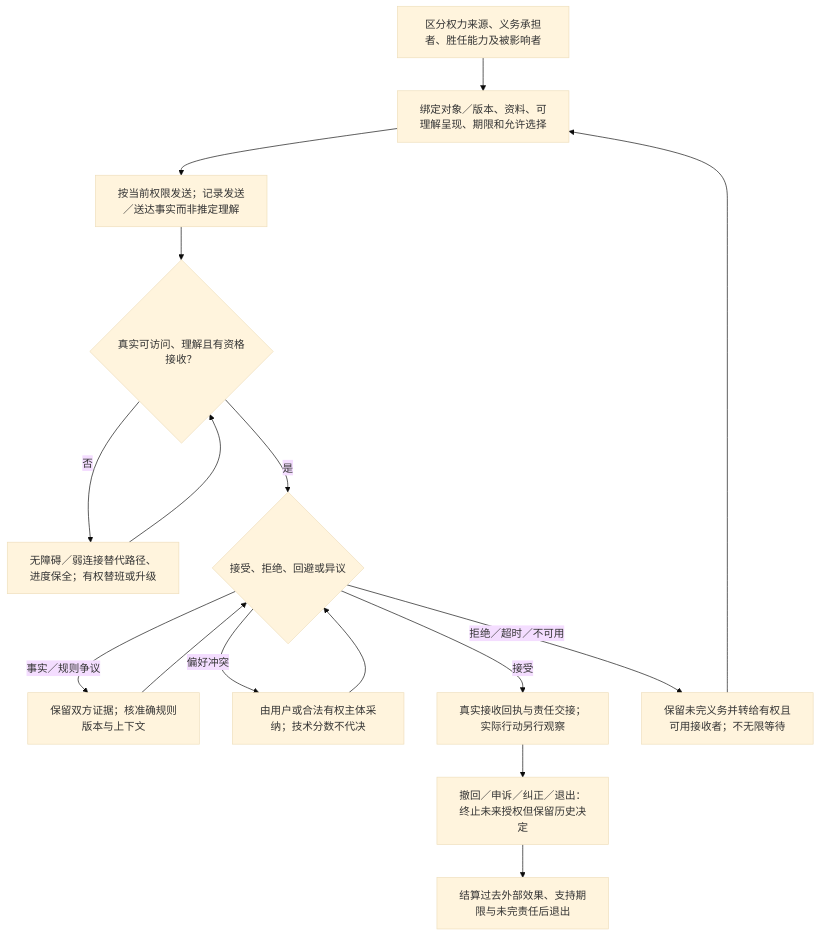
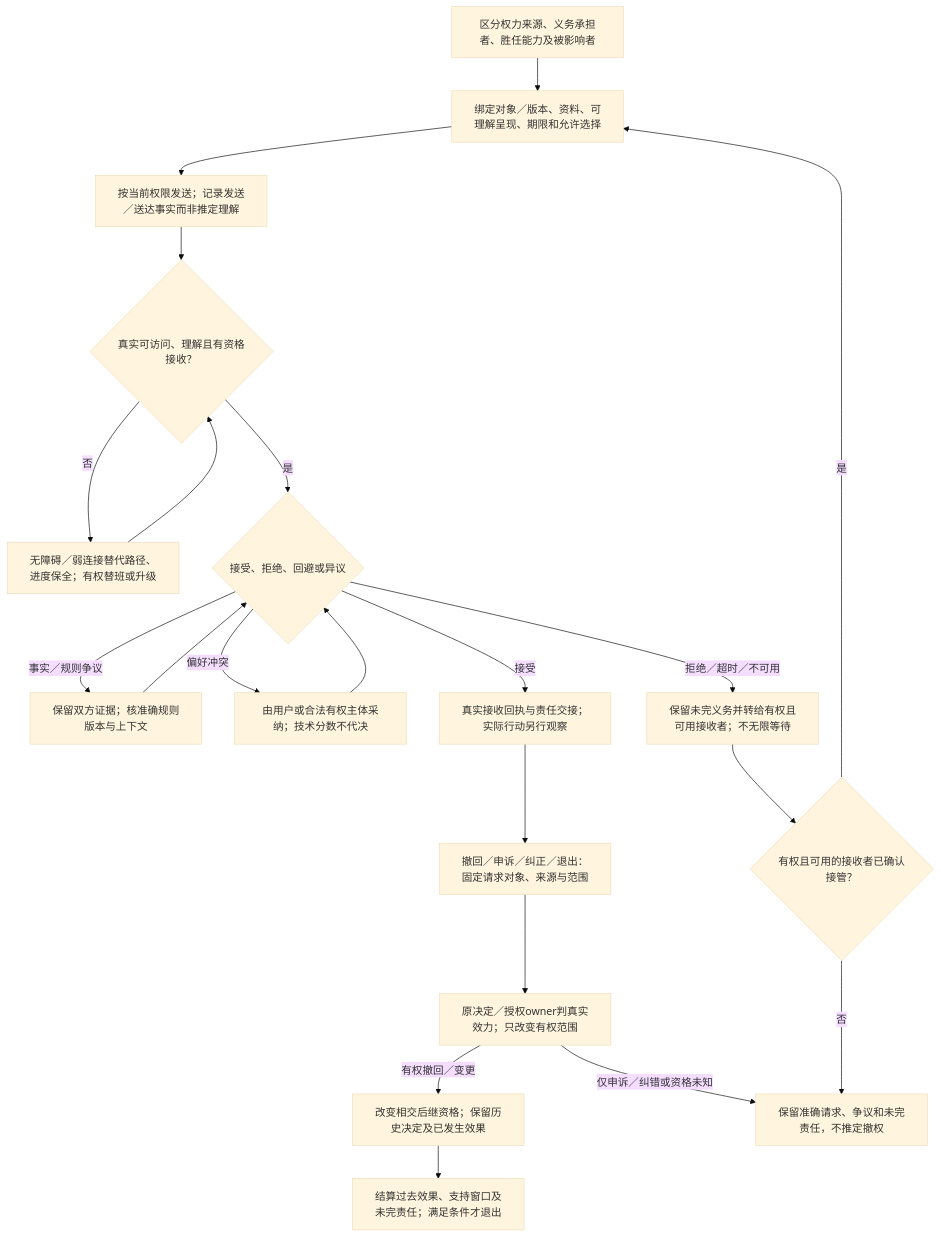
The diagram in docs/运行/人类任务与责任交接.md (sec-platform/sec), drawn with Mermaid (base theme) before and after one commit. The commit also changed other lines of this file and 33 other files, not shown here.

````diff
--- a/docs/运行/人类任务与责任交接.md
+++ b/docs/运行/人类任务与责任交接.md
@@ -8,18 +8,23 @@
 ```mermaid
 flowchart TB
   participants["区分权力来源、义务承担者、胜任能力及被影响者"] --> task["绑定对象／版本、资料、可理解呈现、期限和允许选择"]
   task --> send["按当前权限发送；记录发送／送达事实而非推定理解"]
   send --> reception{"真实可访问、理解且有资格接收？"}
   reception -->|否| alternative["无障碍／弱连接替代路径、进度保全；有权替班或升级"]
   alternative --> reception
   reception -->|是| decision{"接受、拒绝、回避或异议"}
   decision -->|事实／规则争议| evidence["保留双方证据；核准确规则版本与上下文"]
   decision -->|偏好冲突| authority["由用户或合法有权主体采纳；技术分数不代决"]
   evidence --> decision
   authority --> decision
   decision -->|接受| act["真实接收回执与责任交接；实际行动另行观察"]
   decision -->|拒绝／超时／不可用| transfer["保留未完义务并转给有权且可用接收者；不无限等待"]
-  act --> withdrawal["撤回／申诉／纠正／退出：终止未来授权但保留历史决定"]
-  withdrawal --> settle["结算过去外部效果、支持期限与未完责任后退出"]
-  transfer --> task
+  act --> withdrawal["撤回／申诉／纠正／退出：固定请求对象、来源与范围"]
+  withdrawal --> power["原决定／授权owner判真实效力；只改变有权范围"]
+  power -->|有权撤回／变更| changed["改变相交后继资格；保留历史决定及已发生效果"]
+  power -->|仅申诉／纠错或资格未知| pending["保留准确请求、争议和未完责任，不推定撤权"]
+  changed --> settle["结算过去效果、支持窗口及未完责任；满足条件才退出"]
+  transfer --> receiver{"有权且可用的接收者已确认接管？"}
+  receiver -->|是| task
+  receiver -->|否| pending
 ```
````
